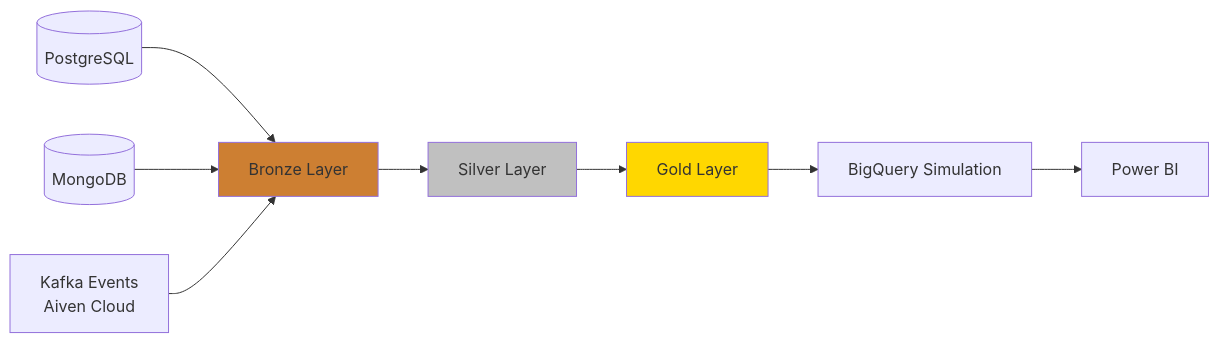
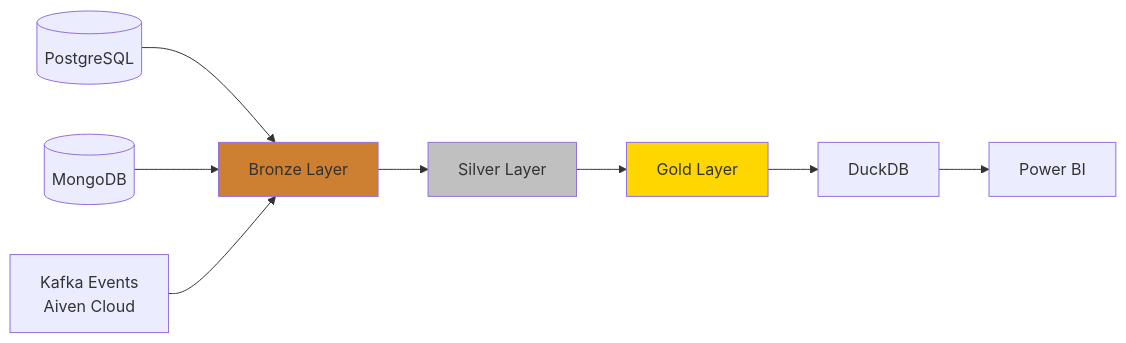
The diagram in README.md (Al-Baraa7/end-to-end-streaming-data-platform), drawn with Mermaid before and after one commit. The commit also changed other lines of this file and 12 other files, not shown here.

````diff
--- a/README.md
+++ b/README.md
@@ -17,15 +17,15 @@
 ```mermaid
 flowchart LR
     PG[(PostgreSQL)] --> BZ[Bronze Layer]
     MG[(MongoDB)] --> BZ
     KF[Kafka Events<br/>Aiven Cloud] --> BZ
 
     BZ --> SV[Silver Layer]
     SV --> GD[Gold Layer]
-    GD --> BQ[BigQuery Simulation]
-    BQ --> PBI[Power BI]
+    GD --> DK[DuckDB]
+    DK --> PBI[Power BI]
 
     style BZ fill:#cd7f32
     style SV fill:#c0c0c0
     style GD fill:#ffd700
 ```
````
